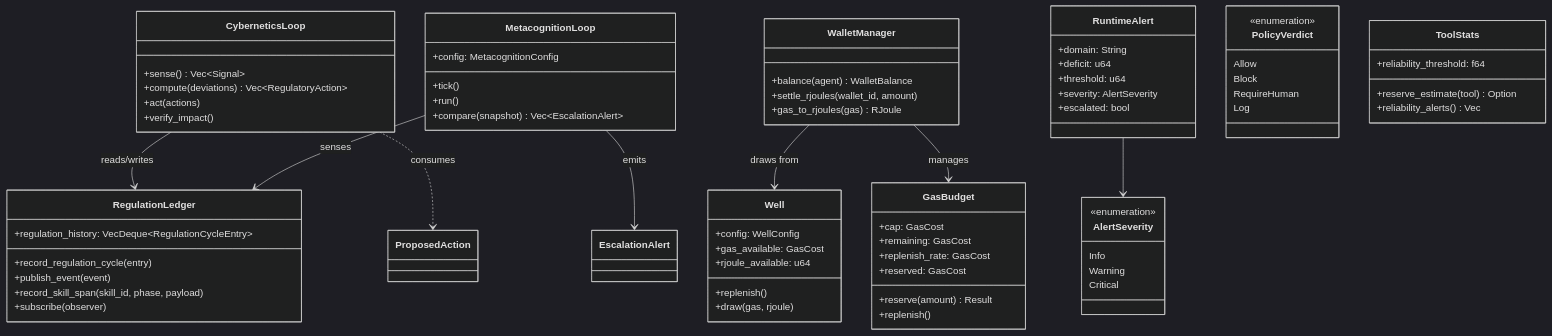
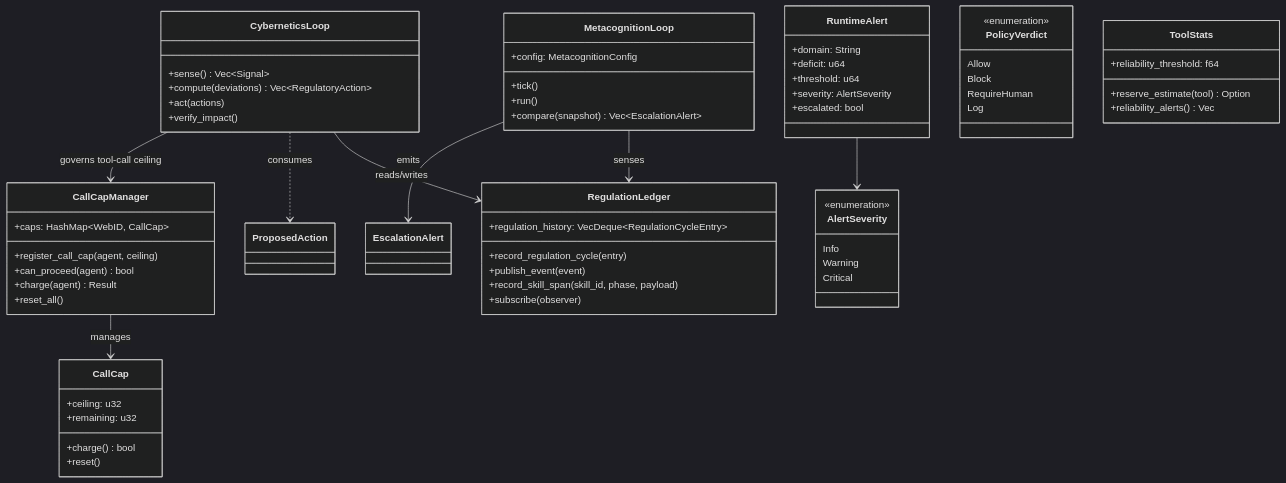
One commit to mdz-axo/zed-kask changed the diagram in kask/docs/diataxis/hkask-regulation/reference.md. Above: the diagram before and after it, drawn with Mermaid (dark theme). The commit also changed other lines of this file and 12 other files, not shown here.

First line of the commit message:
Replace gas budget with per-agent call caps and document D19

````diff
--- a/kask/docs/diataxis/hkask-regulation/reference.md
+++ b/kask/docs/diataxis/hkask-regulation/reference.md
@@ -67,75 +61,68 @@
 ```mermaid
 classDiagram
     class RegulationLedger {
         +regulation_history: VecDeque~RegulationCycleEntry~
         +record_regulation_cycle(entry)
         +publish_event(event)
         +record_skill_span(skill_id, phase, payload)
         +subscribe(observer)
     }
     class CyberneticsLoop {
         +sense() Vec~Signal~
         +compute(deviations) Vec~RegulatoryAction~
         +act(actions)
         +verify_impact()
     }
     class MetacognitionLoop {
         +config: MetacognitionConfig
         +tick()
         +run()
         +compare(snapshot) Vec~EscalationAlert~
     }
-    class WalletManager {
-        +balance(agent) WalletBalance
-        +settle_rjoules(wallet_id, amount)
-        +gas_to_rjoules(gas) RJoule
+    class CallCapManager {
+        +caps: HashMap~WebID, CallCap~
+        +register_call_cap(agent, ceiling)
+        +can_proceed(agent) bool
+        +charge(agent) Result
+        +reset_all()
     }
-    class Well {
-        +config: WellConfig
-        +gas_available: GasCost
-        +rjoule_available: u64
-        +replenish()
-        +draw(gas, rjoule)
-    }
-    class GasBudget {
-        +cap: GasCost
-        +remaining: GasCost
-        +replenish_rate: GasCost
-        +reserved: GasCost
-        +reserve(amount) Result
-        +replenish()
+    class CallCap {
+        +ceiling: u32
+        +remaining: u32
+        +charge() bool
+        +reset()
     }
     class RuntimeAlert {
         +domain: String
         +deficit: u64
         +threshold: u64
         +severity: AlertSeverity
         +escalated: bool
     }
     class AlertSeverity {
         <<enumeration>>
         Info
         Warning
         Critical
     }
     class PolicyVerdict {
         <<enumeration>>
         Allow
         Block
         RequireHuman
         Log
     }
     class ToolStats {
         +reliability_threshold: f64
         +reserve_estimate(tool) Option
         +reliability_alerts() Vec
     }
 
     CyberneticsLoop --> RegulationLedger : reads/writes
     MetacognitionLoop --> RegulationLedger : senses
     CyberneticsLoop ..> ProposedAction : consumes
     MetacognitionLoop --> EscalationAlert : emits
     RuntimeAlert --> AlertSeverity
-    WalletManager --> Well : draws from
-    WalletManager --> GasBudget : manages
+    CallCapManager --> CallCap : manages
+    CyberneticsLoop --> CallCapManager : governs tool-call ceiling
 ```
````
